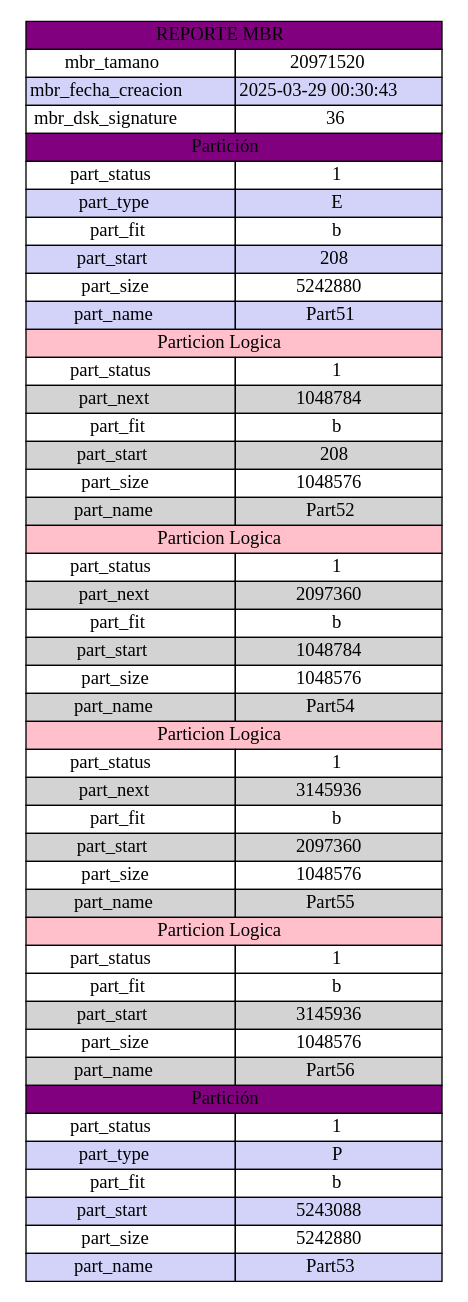
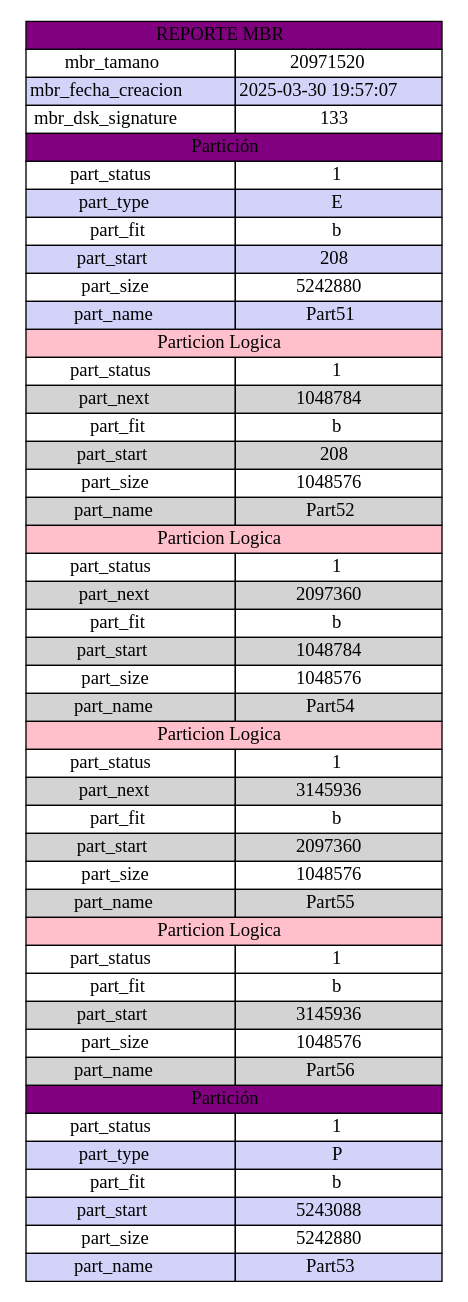
The diagram in reports/p1_r6_mbr.dot (melgxrga/MIA_1S2025_P1_202302549), drawn with Graphviz before and after one commit. The commit also changed 28 other files, not shown here.

```diff
--- a/reports/p1_r6_mbr.dot
+++ b/reports/p1_r6_mbr.dot
@@ -1,52 +1,52 @@
 digraph {
 	node [shape=plaintext]
 	table [label=<
 		<TABLE BORDER="0" CELLBORDER="1" CELLSPACING="0">
 			<TR><TD bgcolor="purple" COLSPAN="2"> REPORTE MBR</TD></TR>
 			<TR><TD> mbr_tamano </TD><TD>20971520</TD></TR>
-			<TR><TD bgcolor="#D3D3FA"> mbr_fecha_creacion </TD><TD bgcolor="#D3D3FA">2025-03-29 00:30:43</TD></TR>
-			<TR><TD> mbr_dsk_signature </TD><TD>36</TD></TR>
+			<TR><TD bgcolor="#D3D3FA"> mbr_fecha_creacion </TD><TD bgcolor="#D3D3FA">2025-03-30 19:57:07</TD></TR>
+			<TR><TD> mbr_dsk_signature </TD><TD>133</TD></TR>
 			<TR><TD bgcolor="purple" COLSPAN="2">Partición</TD></TR>
 			<TR><TD> part_status </TD><TD>1</TD></TR>
 			<TR><TD bgcolor="#D3D3FA"> part_type </TD><TD bgcolor="#D3D3FA">E</TD></TR>
 			<TR><TD> part_fit </TD><TD>b</TD></TR>
 			<TR><TD bgcolor="#D3D3FA"> part_start </TD><TD bgcolor="#D3D3FA">208</TD></TR>
 			<TR><TD> part_size </TD><TD>5242880</TD></TR>
 			<TR><TD bgcolor="#D3D3FA"> part_name </TD><TD bgcolor="#D3D3FA">Part51</TD></TR>
 			<TR><TD bgcolor="pink" COLSPAN="2">Particion Logica</TD></TR>
 			<TR><TD> part_status </TD><TD>1</TD></TR>
 			<TR><TD bgcolor="#D3D3D3"> part_next </TD><TD bgcolor="#D3D3D3">1048784</TD></TR>
 			<TR><TD> part_fit </TD><TD>b</TD></TR>
 			<TR><TD bgcolor="#D3D3D3"> part_start </TD><TD bgcolor="#D3D3D3">208</TD></TR>
 			<TR><TD> part_size </TD><TD>1048576</TD></TR>
 			<TR><TD bgcolor="#D3D3D3"> part_name </TD><TD bgcolor="#D3D3D3">Part52</TD></TR>
 			<TR><TD bgcolor="pink" COLSPAN="2">Particion Logica</TD></TR>
 			<TR><TD> part_status </TD><TD>1</TD></TR>
 			<TR><TD bgcolor="#D3D3D3"> part_next </TD><TD bgcolor="#D3D3D3">2097360</TD></TR>
 			<TR><TD> part_fit </TD><TD>b</TD></TR>
 			<TR><TD bgcolor="#D3D3D3"> part_start </TD><TD bgcolor="#D3D3D3">1048784</TD></TR>
 			<TR><TD> part_size </TD><TD>1048576</TD></TR>
 			<TR><TD bgcolor="#D3D3D3"> part_name </TD><TD bgcolor="#D3D3D3">Part54</TD></TR>
 			<TR><TD bgcolor="pink" COLSPAN="2">Particion Logica</TD></TR>
 			<TR><TD> part_status </TD><TD>1</TD></TR>
 			<TR><TD bgcolor="#D3D3D3"> part_next </TD><TD bgcolor="#D3D3D3">3145936</TD></TR>
 			<TR><TD> part_fit </TD><TD>b</TD></TR>
 			<TR><TD bgcolor="#D3D3D3"> part_start </TD><TD bgcolor="#D3D3D3">2097360</TD></TR>
 			<TR><TD> part_size </TD><TD>1048576</TD></TR>
 			<TR><TD bgcolor="#D3D3D3"> part_name </TD><TD bgcolor="#D3D3D3">Part55</TD></TR>
 			<TR><TD bgcolor="pink" COLSPAN="2">Particion Logica</TD></TR>
 			<TR><TD> part_status </TD><TD>1</TD></TR>
 			<TR><TD> part_fit </TD><TD>b</TD></TR>
 			<TR><TD bgcolor="#D3D3D3"> part_start </TD><TD bgcolor="#D3D3D3">3145936</TD></TR>
 			<TR><TD> part_size </TD><TD>1048576</TD></TR>
 			<TR><TD bgcolor="#D3D3D3"> part_name </TD><TD bgcolor="#D3D3D3">Part56</TD></TR>
 			<TR><TD bgcolor="purple" COLSPAN="2">Partición</TD></TR>
 			<TR><TD> part_status </TD><TD>1</TD></TR>
 			<TR><TD bgcolor="#D3D3FA"> part_type </TD><TD bgcolor="#D3D3FA">P</TD></TR>
 			<TR><TD> part_fit </TD><TD>b</TD></TR>
 			<TR><TD bgcolor="#D3D3FA"> part_start </TD><TD bgcolor="#D3D3FA">5243088</TD></TR>
 			<TR><TD> part_size </TD><TD>5242880</TD></TR>
 			<TR><TD bgcolor="#D3D3FA"> part_name </TD><TD bgcolor="#D3D3FA">Part53</TD></TR>
 		</TABLE>
 	>]
 }
```
